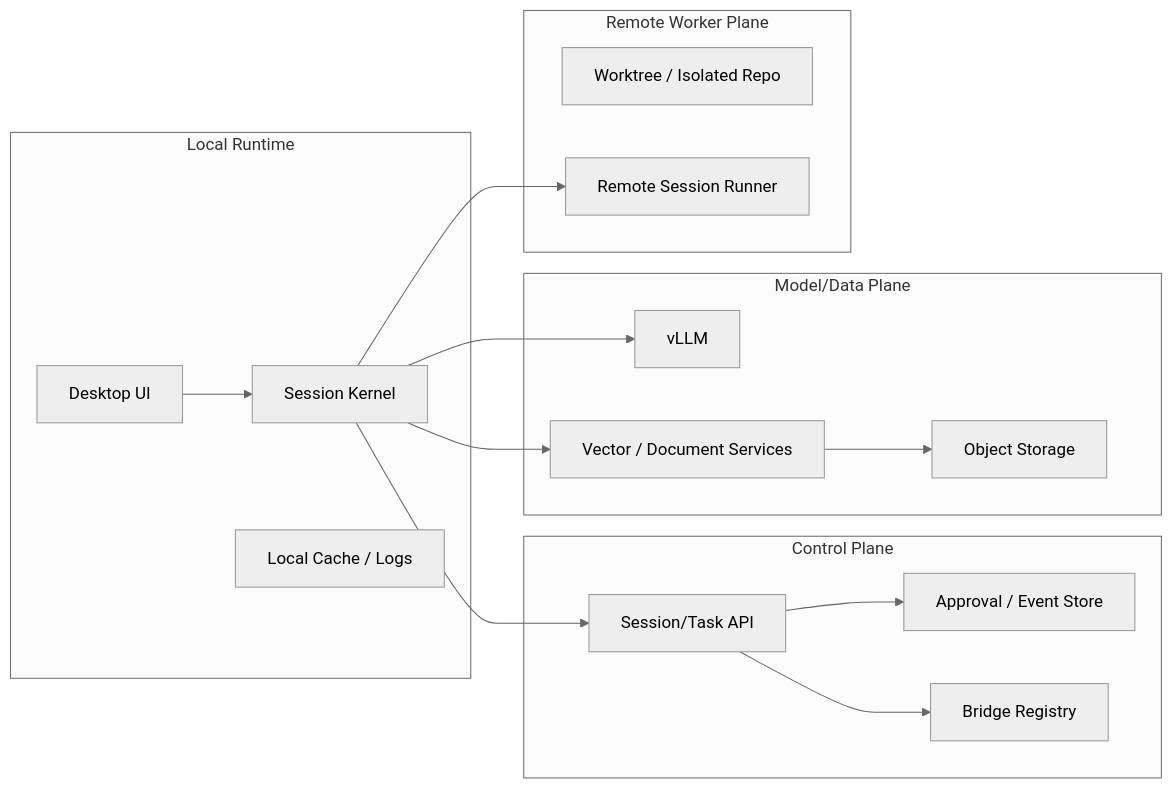
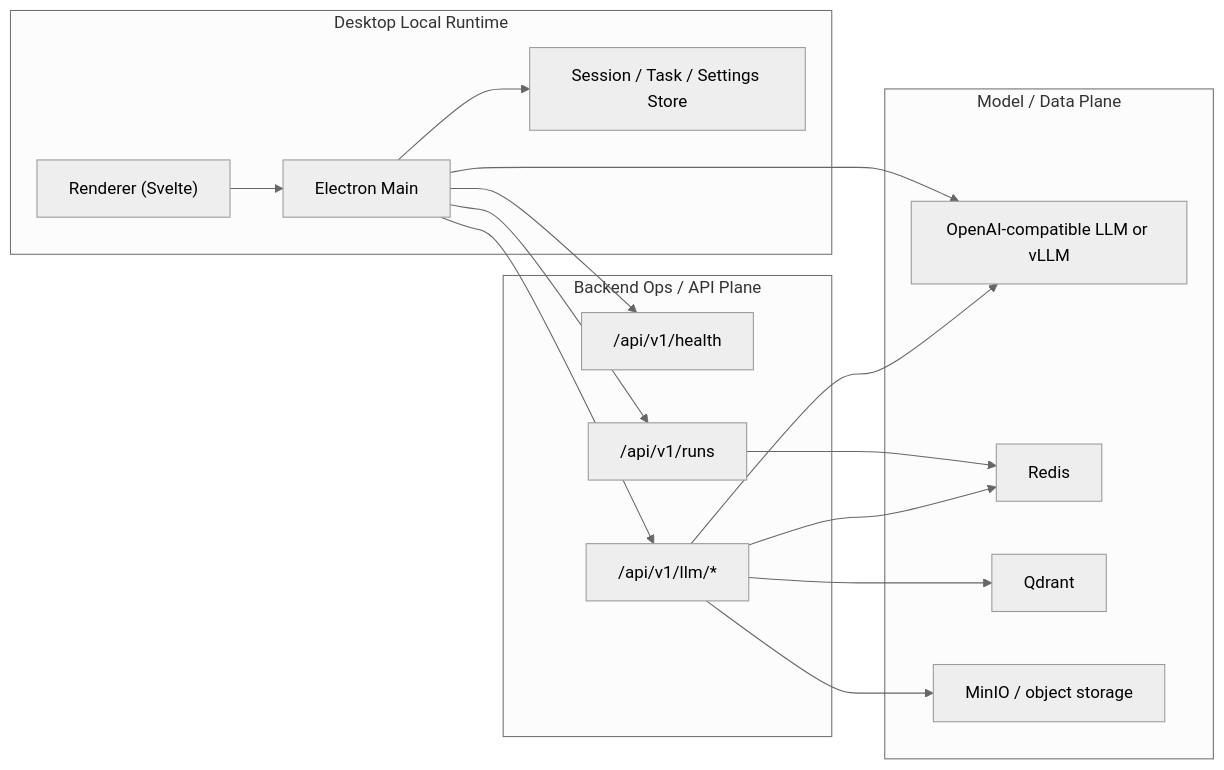
The diagram in docs/02-design/인프라_상세_설계.md (needitem/pixllm), drawn with Mermaid (neutral theme) before and after one commit. The commit also changed other lines of this file and 64 other files, not shown here.

Commit message:
Refactor desktop query runtime and align evidence flow

````diff
--- a/docs/02-design/인프라_상세_설계.md
+++ b/docs/02-design/인프라_상세_설계.md
@@ -25,30 +15,30 @@
 ```mermaid
 flowchart LR
-    subgraph LOCAL["Local Runtime"]
-        UI["Desktop UI"]
-        KERNEL["Session Kernel"]
-        CACHE["Local Cache / Logs"]
+    subgraph LOCAL["Desktop Local Runtime"]
+        UI["Renderer (Svelte)"]
+        MAIN["Electron Main"]
+        SESSION["Session / Task / Settings Store"]
     end
-    subgraph CTRL["Control Plane"]
-        API["Session/Task API"]
-        EVT["Approval / Event Store"]
-        REG["Bridge Registry"]
+    subgraph API["Backend Ops / API Plane"]
+        HEALTH["/api/v1/health"]
+        RUNS["/api/v1/runs"]
+        LLMAPI["/api/v1/llm/*"]
     end
-    subgraph MODEL["Model/Data Plane"]
-        V["vLLM"]
-        Q["Vector / Document Services"]
-        O["Object Storage"]
+    subgraph MODEL["Model / Data Plane"]
+        LLM["OpenAI-compatible LLM or vLLM"]
+        REDIS["Redis"]
+        QDRANT["Qdrant"]
+        MINIO["MinIO / object storage"]
     end
-    subgraph REMOTE["Remote Worker Plane"]
-        W["Worktree / Isolated Repo"]
-        R["Remote Session Runner"]
-    end
-    UI --> KERNEL
-    KERNEL --> API
-    KERNEL --> V
-    KERNEL --> Q
-    KERNEL --> R
-    API --> EVT
-    API --> REG
-    Q --> O
+    UI --> MAIN
+    MAIN --> SESSION
+    MAIN --> RUNS
+    MAIN --> HEALTH
+    MAIN --> LLMAPI
+    MAIN --> LLM
+    RUNS --> REDIS
+    LLMAPI --> LLM
+    LLMAPI --> REDIS
+    LLMAPI --> QDRANT
+    LLMAPI --> MINIO
 ```
````
